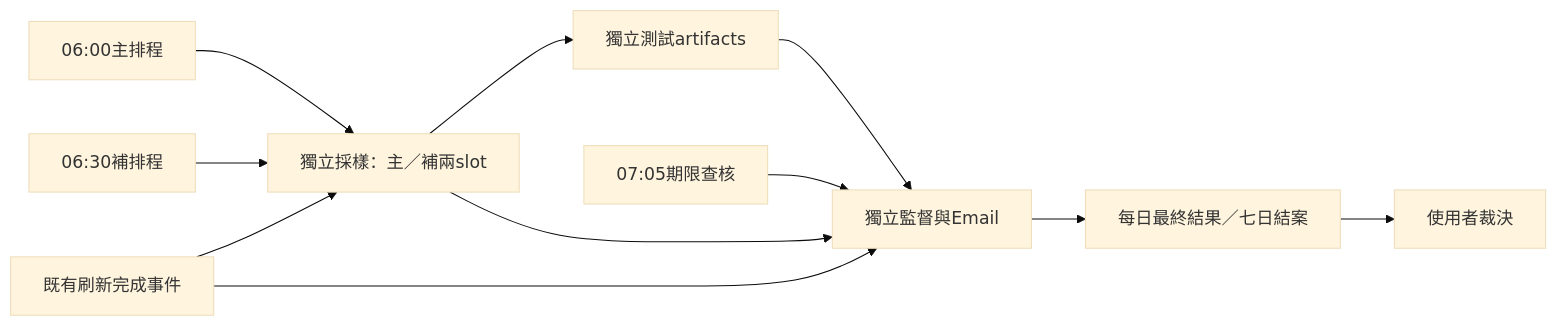
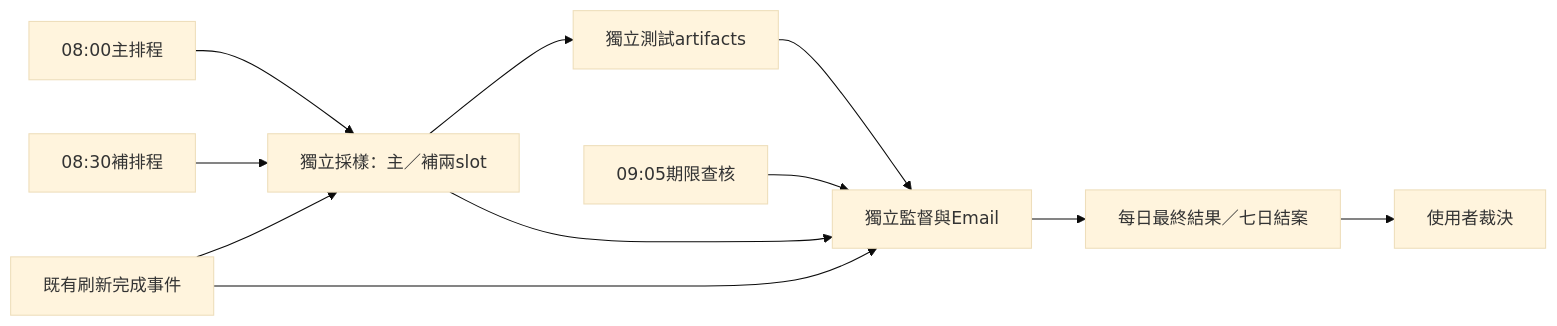
One commit to seisyuku/ai-news-radar_zhtw changed the diagram in docs/TW_SOURCE_OBSERVATION_PLAN.md. Above: the diagram before and after it, drawn with Mermaid (base theme). The commit also changed other lines of this file and 4 other files, not shown here.

````diff
--- a/docs/TW_SOURCE_OBSERVATION_PLAN.md
+++ b/docs/TW_SOURCE_OBSERVATION_PLAN.md
@@ -109,13 +101,13 @@
 ```mermaid
 flowchart LR
-  A[06:00主排程] --> C[獨立採樣：主／補兩slot]
-  B[06:30補排程] --> C
+  A[08:00主排程] --> C[獨立採樣：主／補兩slot]
+  B[08:30補排程] --> C
   H[既有刷新完成事件] --> C
   C --> D[獨立測試artifacts]
   C --> E[獨立監督與Email]
-  T[07:05期限查核] --> E
+  T[09:05期限查核] --> E
   H --> E
   D --> E
   E --> F[每日最終結果／七日結案]
   F --> G[使用者裁決]
 ```
````
